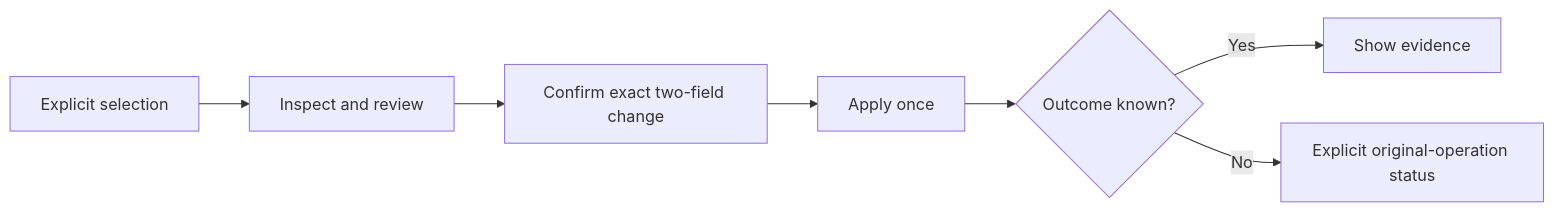
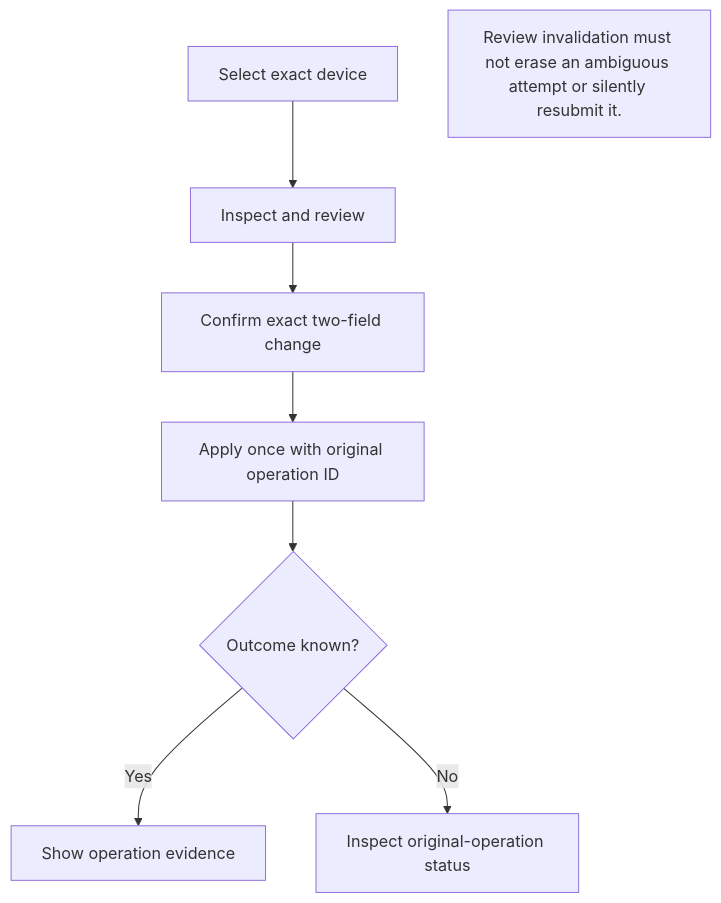
One commit to webkaz-labs/sobalink changed the diagram in web/src/resource/INTEGRATION.md. Above: the diagram before and after it, drawn with Mermaid. The commit also changed 238 other files, not shown here.

First line of the commit message:
docs: explain workflows with distinct diagrams and real screen examples (#60)

````diff
--- a/web/src/resource/INTEGRATION.md
+++ b/web/src/resource/INTEGRATION.md
@@ -7,9 +7,13 @@
 ```mermaid
-flowchart LR
-    A[Explicit selection] --> B[Inspect and review]
-    B --> C[Confirm exact two-field change]
-    C --> D[Apply once]
-    D --> E{Outcome known?}
-    E -->|Yes| F[Show evidence]
-    E -->|No| G[Explicit original-operation status]
+flowchart TD
+ accTitle: Keep an unknown operation tied to its original ID
+ accDescr: Review invalidation must not erase an ambiguous attempt or silently resubmit it.
+ A["Select exact device"] --> B["Inspect and review"]
+ B --> C["Confirm exact two-field change"]
+ C --> D["Apply once with original operation ID"]
+ D --> E{"Outcome known?"}
+ E -->|Yes| F["Show operation evidence"]
+ E -->|No| G["Inspect original-operation status"]
+
+ LIMIT["Review invalidation must not erase an ambiguous attempt or silently resubmit it."]
 ```
````
